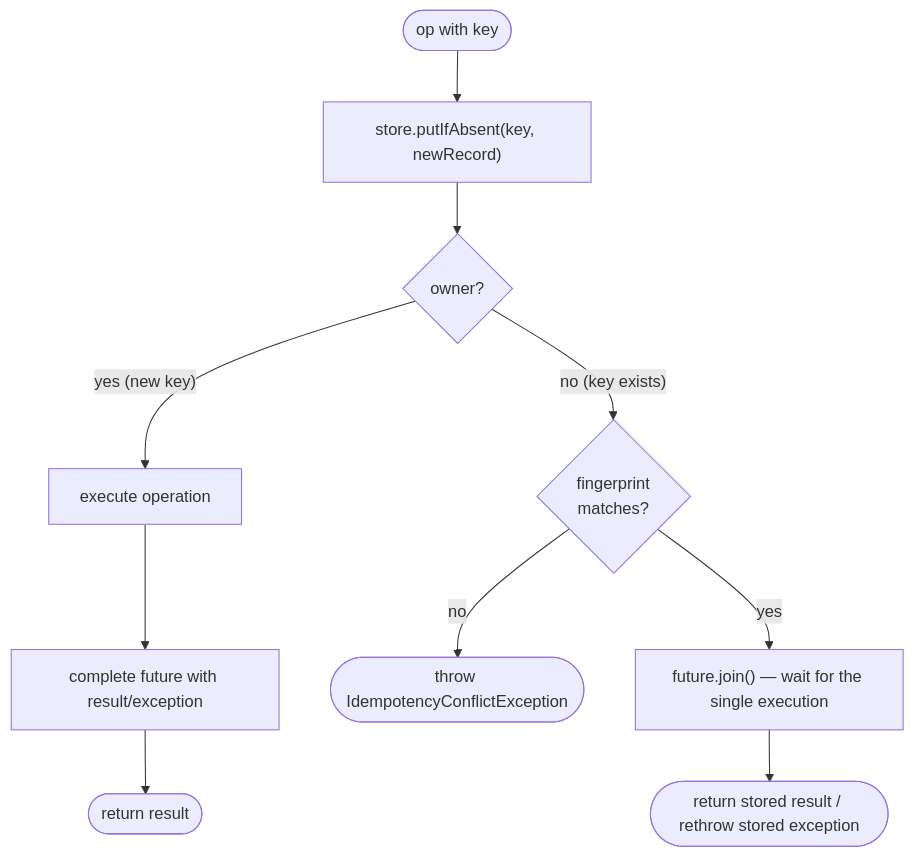
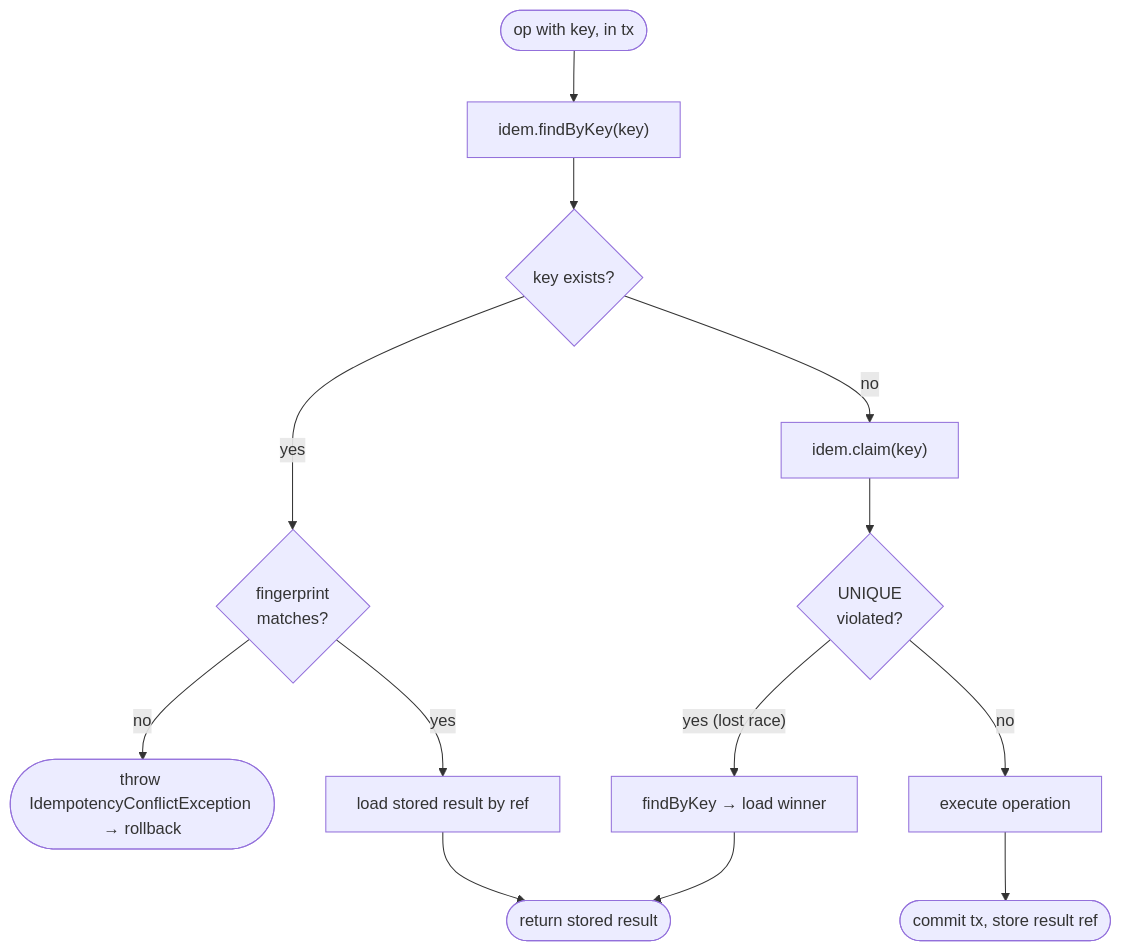
One commit to ngaikkeung/firstcircle-banking changed the seventh of 7 diagrams in doc/operation-flows.md. Above: the diagram before and after it, drawn with Mermaid. The commit also changed other lines of this file and 33 other files, not shown here.

````diff
--- a/doc/operation-flows.md
+++ b/doc/operation-flows.md
@@ -179,12 +192,13 @@
 ```mermaid
 flowchart TD
-    Start([op with key]) --> Claim["store.putIfAbsent(key, newRecord)"]
-    Claim --> Owner?{"owner?"}
-    Owner? -->|"yes (new key)"| Run["execute operation"]
-    Run --> Complete["complete future with result/exception"]
-    Complete --> Done([return result])
-    Owner? -->|"no (key exists)"| Fp{"fingerprint<br/>matches?"}
-    Fp -->|"no"| Conflict(["throw IdempotencyConflictException"])
-    Fp -->|"yes"| Join["future.join() — wait for the single execution"]
-    Join --> Replay([return stored result / rethrow stored exception])
+    Start([op with key, in tx]) --> Find["idem.findByKey(key)"]
+    Find --> Exists?{"key exists?"}
+    Exists? -->|"yes"| Fp{"fingerprint<br/>matches?"}
+    Fp -->|"no"| Conflict(["throw IdempotencyConflictException → rollback"])
+    Fp -->|"yes"| Load["load stored result by ref"]
+    Load --> Replay([return stored result])
+    Exists? -->|"no"| Claim["idem.claim(key)"]
+    Claim --> Race?{"UNIQUE<br/>violated?"}
+    Race? -->|"yes (lost race)"| Find2["findByKey → load winner"] --> Replay
+    Race? -->|"no"| Work["execute operation"] --> Commit([commit tx, store result ref])
 ```
````
